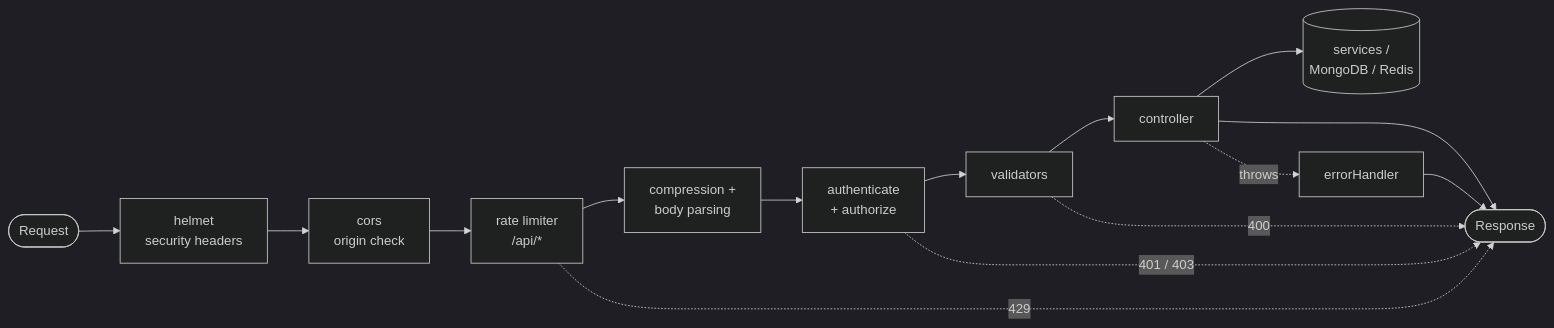
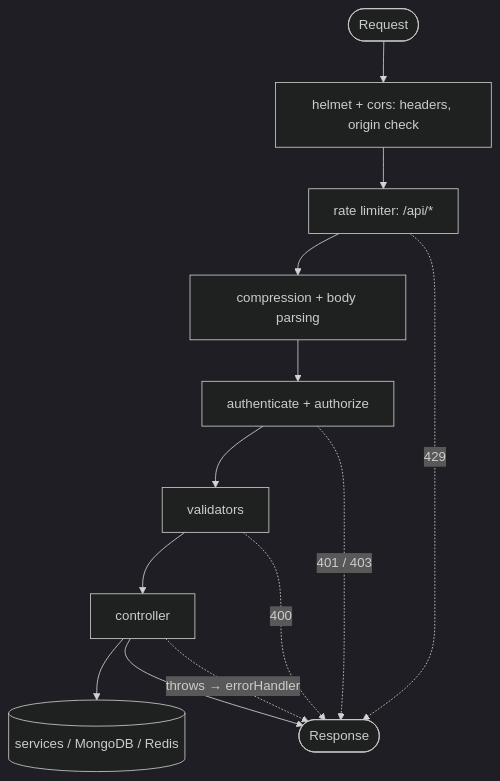
One commit to e-choness/portfolio-site changed the first of 2 diagrams in _posts/2025-01-08-building-scalable-rest-apis.md. Above: the diagram before and after it, drawn with Mermaid (dark theme). The commit also changed 22 other files, not shown here.

Commit message:
improve diagram display

````diff
--- a/_posts/2025-01-08-building-scalable-rest-apis.md
+++ b/_posts/2025-01-08-building-scalable-rest-apis.md
@@ -67,17 +67,15 @@
 ```mermaid
-flowchart LR
-  req([Request]) --> helmet[helmet<br/>security headers]
-  helmet --> cors[cors<br/>origin check]
-  cors --> limit[rate limiter<br/>/api/*]
-  limit --> parse[compression +<br/>body parsing]
-  parse --> auth[authenticate<br/>+ authorize]
+flowchart TD
+  req([Request]) --> sec[helmet + cors: headers, origin check]
+  sec --> limit[rate limiter: /api/*]
+  limit --> parse[compression + body parsing]
+  parse --> auth[authenticate + authorize]
   auth --> valid[validators]
   valid --> ctrl[controller]
-  ctrl --> svc[(services /<br/>MongoDB / Redis)]
+  ctrl --> svc[(services / MongoDB / Redis)]
   ctrl --> res([Response])
   limit -. 429 .-> res
   auth -. 401 / 403 .-> res
   valid -. 400 .-> res
-  ctrl -. throws .-> err[errorHandler]
-  err --> res
+  ctrl -. "throws → errorHandler" .-> res
 ```
````
